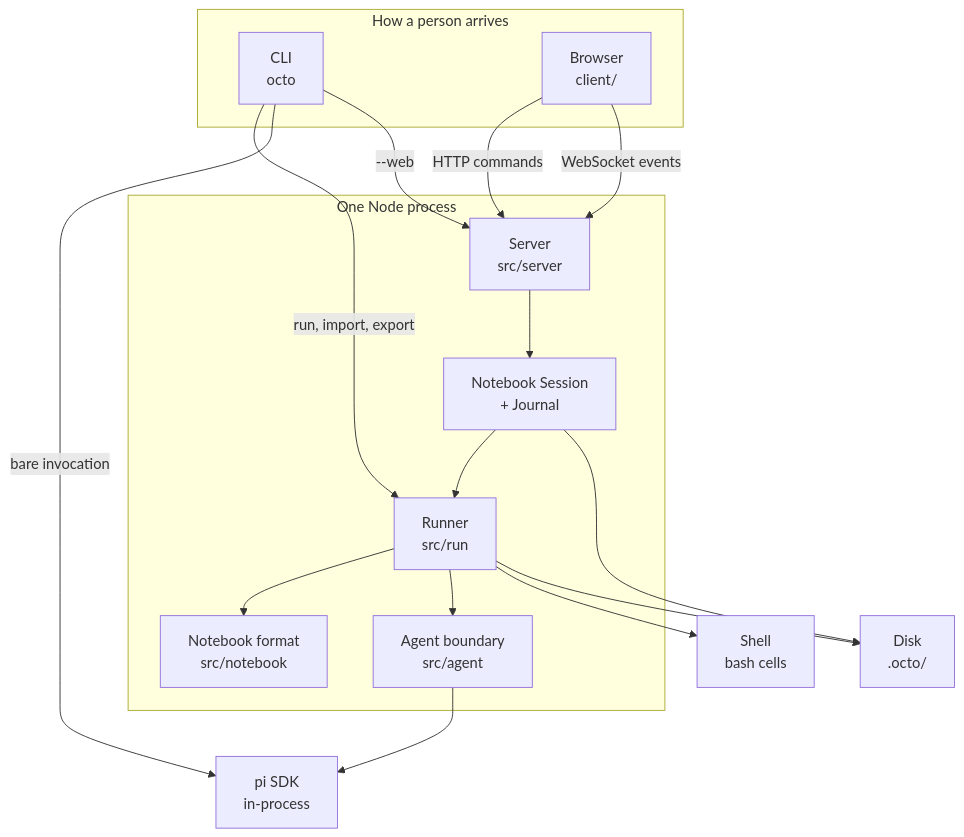
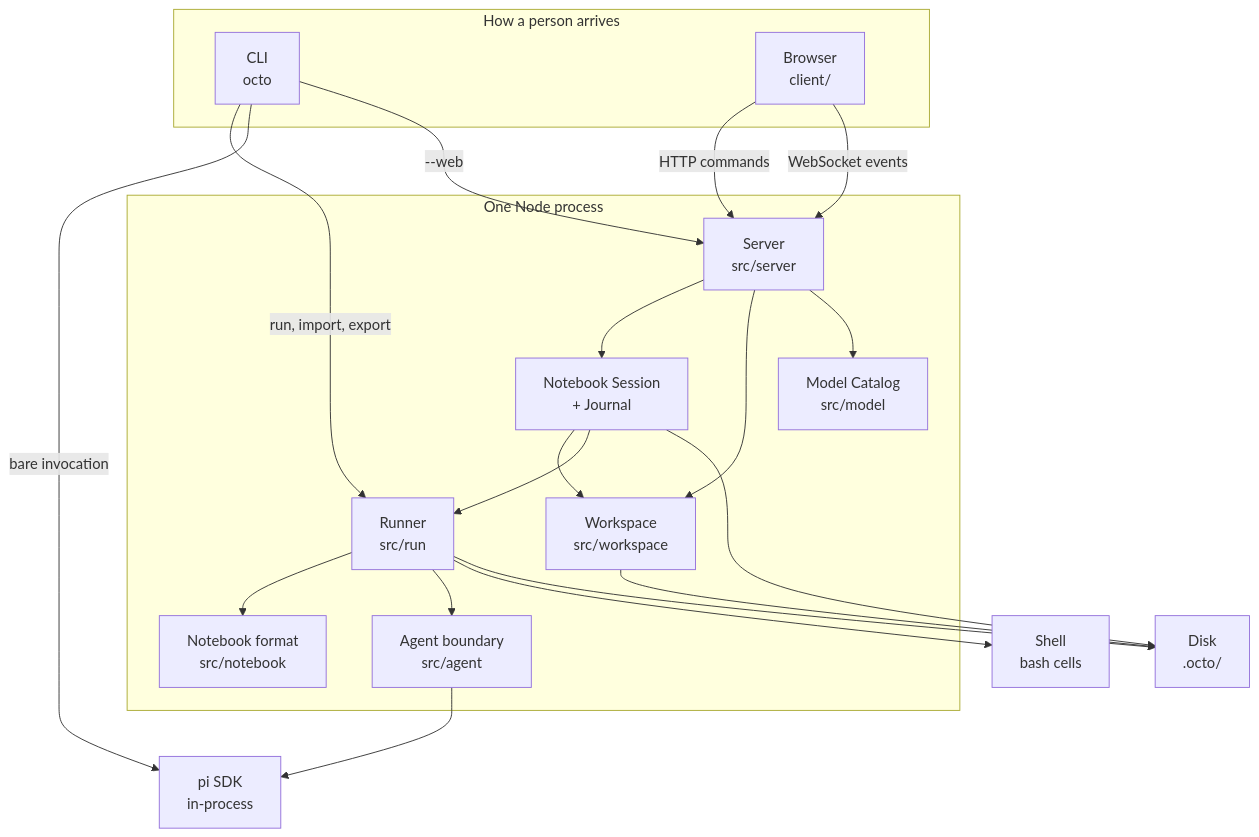
One commit to ZhihuaXiao/octopus-agent changed the diagram in docs/architecture.md. Above: the diagram before and after it, drawn with Mermaid. The commit also changed other lines of this file and 1 other file, not shown here.

First line of the commit message:
docs: document Workspace, ModelCatalog, and NotebookDocument architecture

````diff
--- a/docs/architecture.md
+++ b/docs/architecture.md
@@ -9,33 +9,39 @@
 ```mermaid
 flowchart TB
   subgraph edges [How a person arrives]
     CLI["CLI<br/>octo"]
     Browser["Browser<br/>client/"]
   end
 
   subgraph process [One Node process]
     Server["Server<br/>src/server"]
     Session["Notebook Session<br/>+ Journal"]
+    Workspace["Workspace<br/>src/workspace"]
+    ModelCatalog["Model Catalog<br/>src/model"]
     Runner["Runner<br/>src/run"]
     Notebook["Notebook format<br/>src/notebook"]
     Agent["Agent boundary<br/>src/agent"]
   end
 
   Pi["pi SDK<br/>in-process"]
   Shell["Shell<br/>bash cells"]
   Disk["Disk<br/>.octo/"]
 
   CLI -->|run, import, export| Runner
   CLI -->|bare invocation| Pi
   CLI -->|--web| Server
   Browser -->|HTTP commands| Server
   Browser -->|WebSocket events| Server
   Server --> Session
+  Server --> Workspace
+  Server --> ModelCatalog
+  Session --> Workspace
   Session --> Runner
   Runner --> Notebook
   Runner --> Agent
   Runner --> Shell
   Agent --> Pi
   Runner --> Disk
   Session --> Disk
+  Workspace --> Disk
 ```
````
